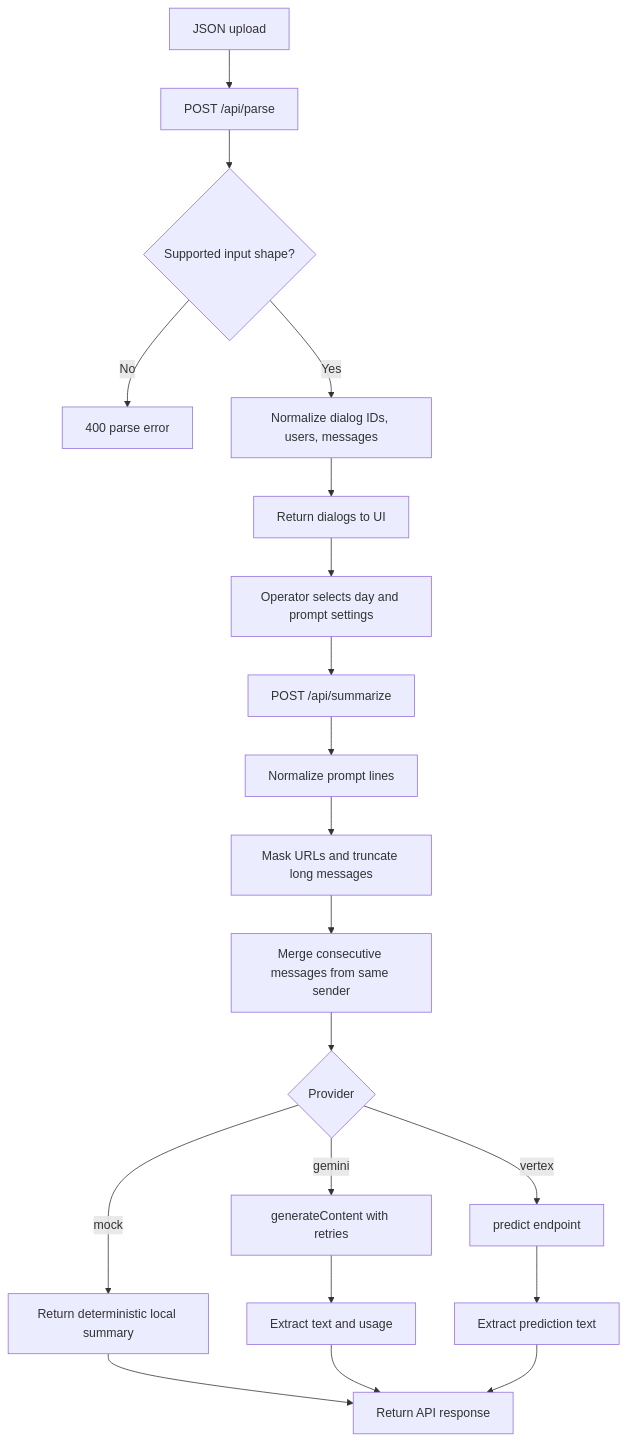
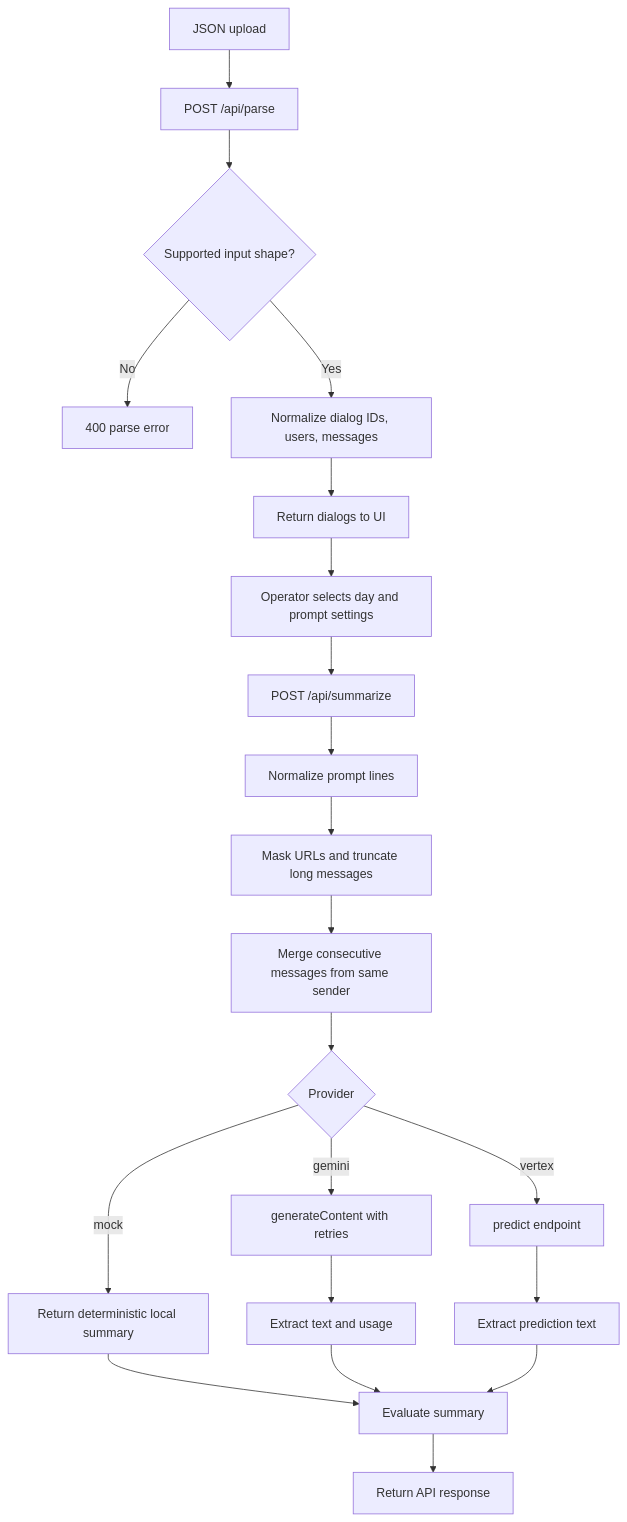
Before and after one commit to infisble/testAndteachmodelForSummary: the second of 3 diagrams in docs/architecture.md, drawn with Mermaid. The commit also changed other lines of this file and 5 other files, not shown here.

````diff
--- a/docs/architecture.md
+++ b/docs/architecture.md
@@ -47,22 +49,23 @@
 ```mermaid
 flowchart TD
   A[JSON upload] --> B[POST /api/parse]
   B --> C{Supported input shape?}
   C -->|No| D[400 parse error]
   C -->|Yes| E[Normalize dialog IDs, users, messages]
   E --> F[Return dialogs to UI]
   F --> G[Operator selects day and prompt settings]
   G --> H[POST /api/summarize]
   H --> I[Normalize prompt lines]
   I --> J[Mask URLs and truncate long messages]
   J --> K[Merge consecutive messages from same sender]
   K --> L{Provider}
   L -->|mock| M[Return deterministic local summary]
   L -->|gemini| N[generateContent with retries]
   L -->|vertex| O[predict endpoint]
   N --> P[Extract text and usage]
   O --> Q[Extract prediction text]
-  M --> R[Return API response]
+  M --> R[Evaluate summary]
   P --> R
   Q --> R
+  R --> S[Return API response]
 ```
````
